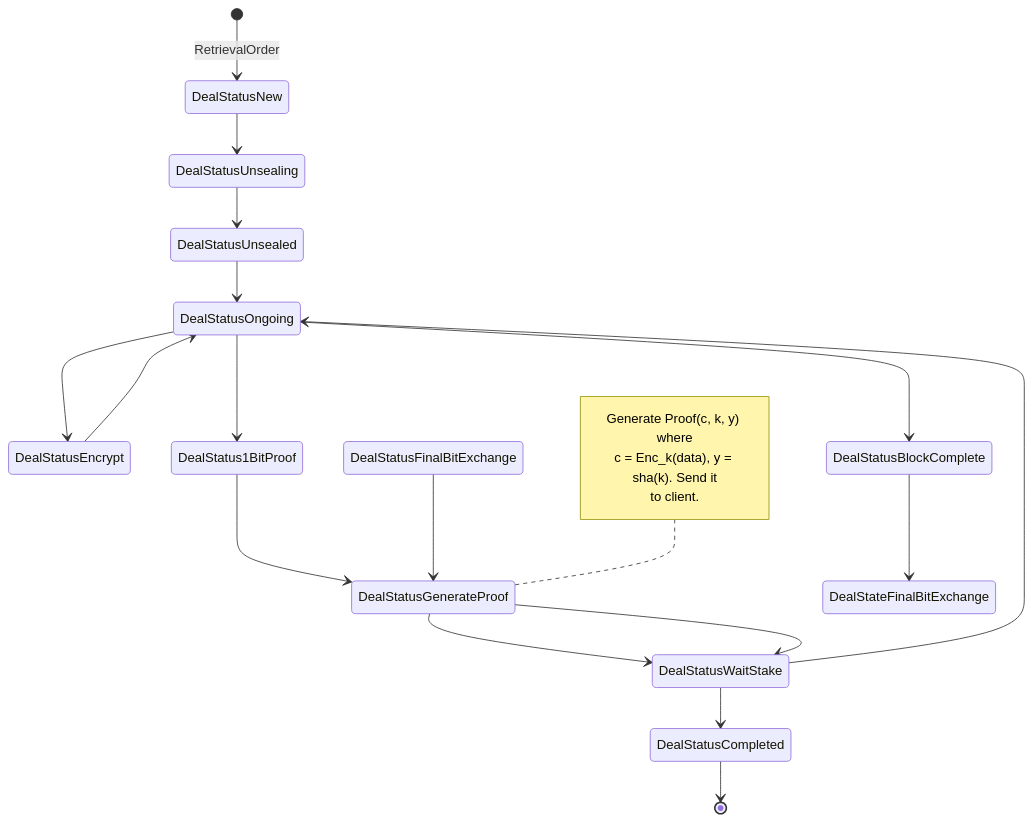
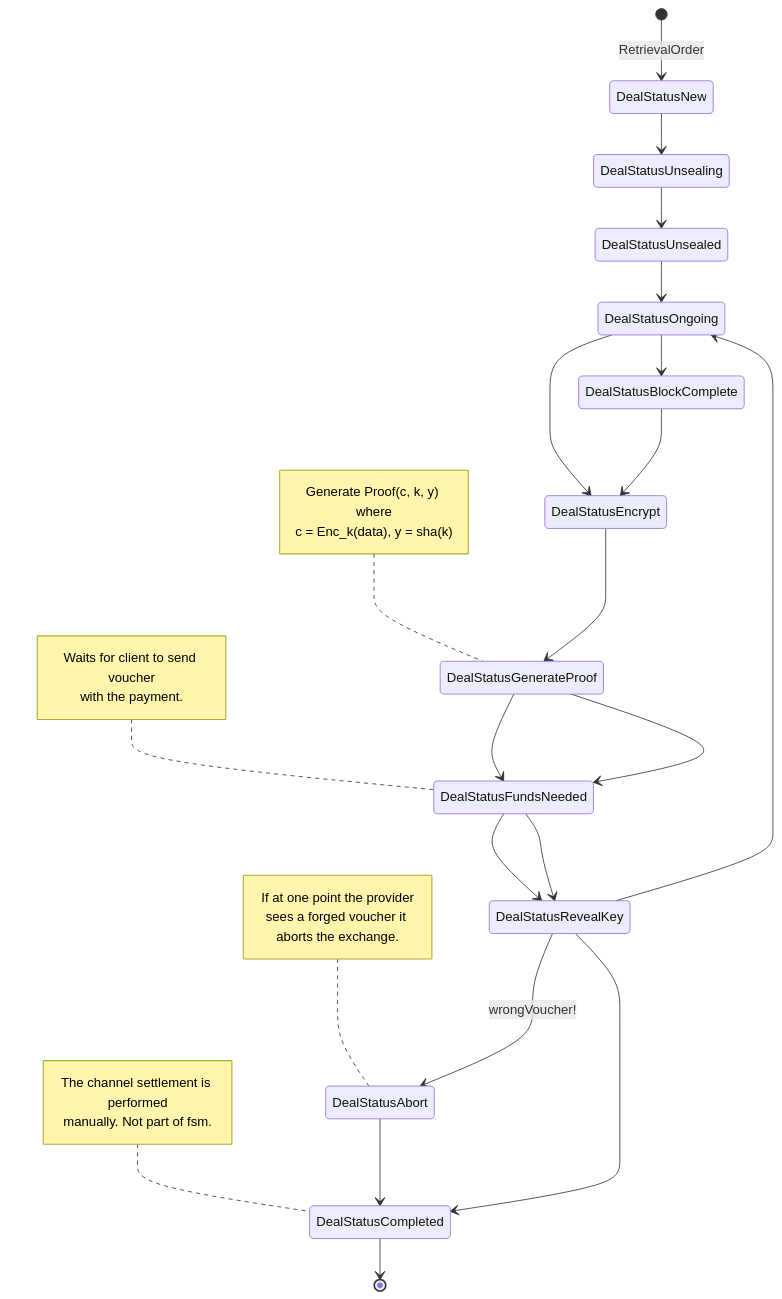
Before and after one commit to adlrocha/go-fil-markets: the second of 2 diagrams in docs/rfcs/optimistic-zkcp.md, drawn with Mermaid. The commit also changed other lines of this file and 6 other files, not shown here.

````diff
--- a/docs/rfcs/optimistic-zkcp.md
+++ b/docs/rfcs/optimistic-zkcp.md
@@ -54,29 +74,37 @@
 ```mermaid
 stateDiagram-v2
 [*] --> DealStatusNew: RetrievalOrder
 DealStatusNew --> DealStatusUnsealing
 DealStatusUnsealing --> DealStatusUnsealed
 DealStatusUnsealed --> DealStatusOngoing
 DealStatusOngoing --> DealStatusEncrypt
-DealStatusEncrypt --> DealStatusOngoing
-
-DealStatusOngoing --> DealStatus1BitProof
-DealStatus1BitProof --> DealStatusGenerateProof
-DealStatusGenerateProof --> DealStatusWaitStake
-DealStatusWaitStake --> DealStatusOngoing
-
-
+DealStatusEncrypt --> DealStatusGenerateProof
+DealStatusGenerateProof --> DealStatusFundsNeeded
+DealStatusFundsNeeded --> DealStatusRevealKey
+DealStatusRevealKey --> DealStatusOngoing
+note left of DealStatusFundsNeeded
+Waits for client to send voucher
+with the payment. 
+end note
+note left of DealStatusGenerateProof
+Generate Proof(c, k, y) where
+c = Enc_k(data), y = sha(k)
+end note
+DealStatusRevealKey --> DealStatusAbort: wrongVoucher!
+DealStatusAbort --> DealStatusCompleted
 DealStatusOngoing --> DealStatusBlockComplete
-DealStatusBlockComplete --> DealStateFinalBitExchange
-DealStatusFinalBitExchange --> DealStatusGenerateProof
-DealStatusGenerateProof --> DealStatusWaitStake
-DealStatusWaitStake --> DealStatusCompleted
+DealStatusBlockComplete --> DealStatusEncrypt
+DealStatusGenerateProof --> DealStatusFundsNeeded
+DealStatusFundsNeeded --> DealStatusRevealKey
+DealStatusRevealKey --> DealStatusCompleted
 DealStatusCompleted --> [*]
 
-note left of DealStatusGenerateProof
-Generate Proof(c, k, y) where
-c = Enc_k(data), y = sha(k). Send it
-to client.
+note left of DealStatusAbort
+If at one point the provider
+sees a forged voucher it aborts the exchange.
 end note
-
+note left of DealStatusCompleted
+The channel settlement is performed
+manually. Not part of fsm.
+end note
 ```
````
